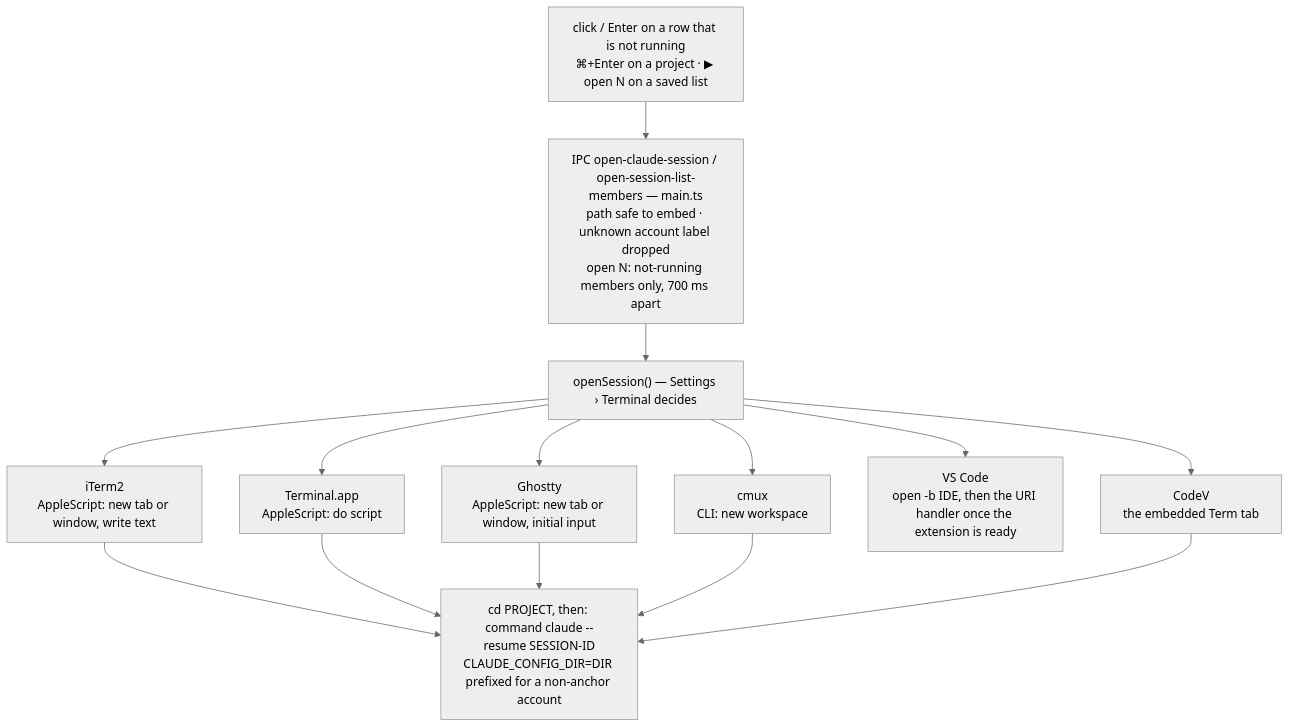
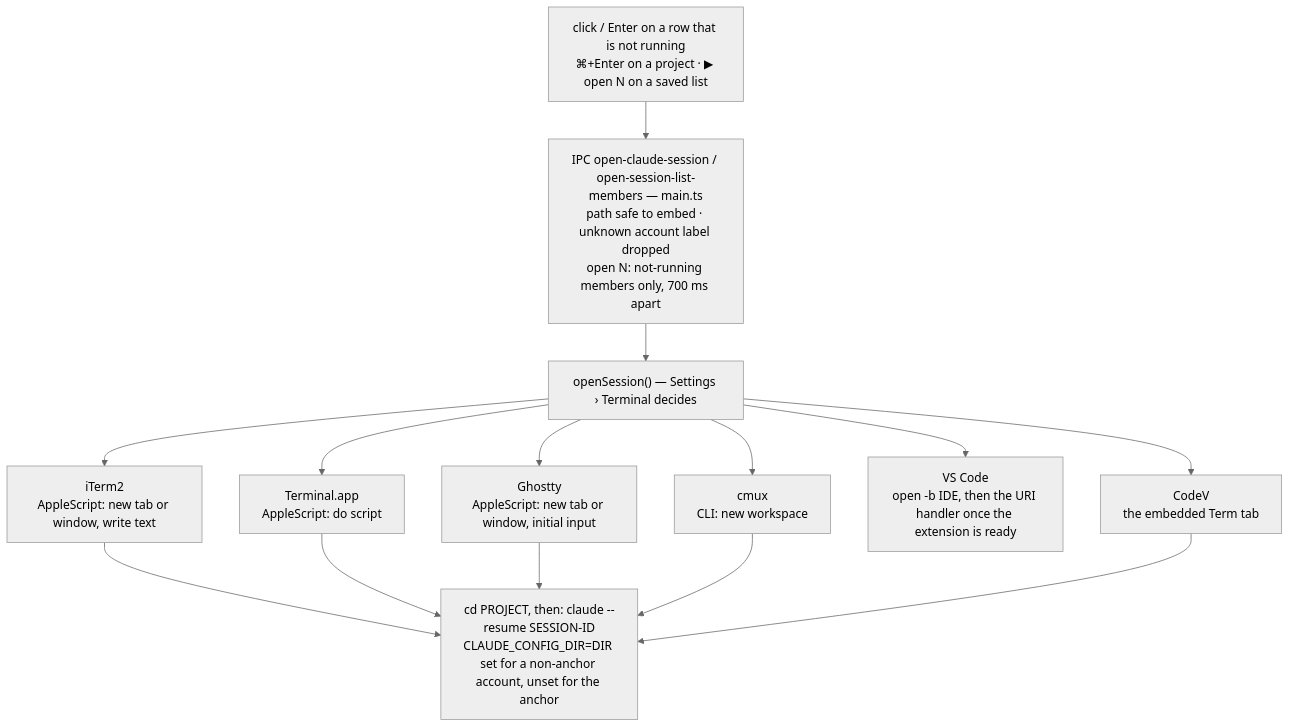
The second of 3 diagrams in docs/claude-session-integration-design.md (grimmerk/codev), drawn with Mermaid (neutral theme) before and after one commit. The commit also changed other lines of this file and 6 other files, not shown here.

First line of the commit message:
fix(sessions): unset CLAUDE_CONFIG_DIR in the anchor's resume command

````diff
--- a/docs/claude-session-integration-design.md
+++ b/docs/claude-session-integration-design.md
@@ -225,25 +225,25 @@
 ```mermaid
 flowchart TB
   CLICK["click / Enter on a row that is not running<br/>⌘+Enter on a project · ▶ open N on a saved list"]
   IPC["IPC open-claude-session / open-session-list-members — main.ts<br/>path safe to embed · unknown account label dropped<br/>open N: not-running members only, 700 ms apart"]
   OS["openSession() — Settings › Terminal decides"]
   IT["iTerm2<br/>AppleScript: new tab or window, write text"]
   TA["Terminal.app<br/>AppleScript: do script"]
   GH["Ghostty<br/>AppleScript: new tab or window, initial input"]
   CM["cmux<br/>CLI: new workspace"]
   VS["VS Code<br/>open -b IDE, then the URI handler once the extension is ready"]
   CV["CodeV<br/>the embedded Term tab"]
-  CMD["cd PROJECT, then: command claude --resume SESSION-ID<br/>CLAUDE_CONFIG_DIR=DIR prefixed for a non-anchor account"]
+  CMD["cd PROJECT, then: claude --resume SESSION-ID<br/>CLAUDE_CONFIG_DIR=DIR set for a non-anchor account, unset for the anchor"]
   CLICK --> IPC --> OS
   OS --> IT
   OS --> TA
   OS --> GH
   OS --> CM
   OS --> CV
   OS --> VS
   IT --> CMD
   TA --> CMD
   GH --> CMD
   CM --> CMD
   CV --> CMD
 ```
````
